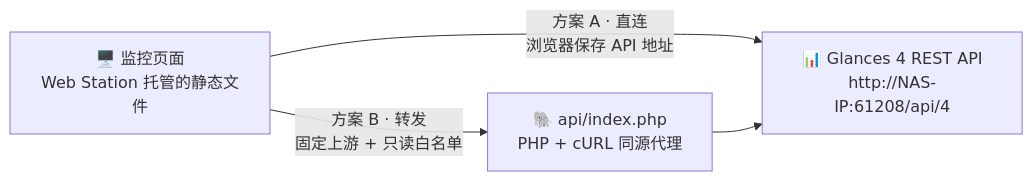
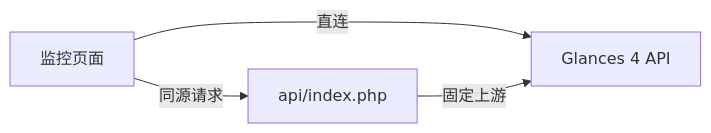
One commit to RaSteaks/NAS-Dashboard changed the diagram in README.md. Above: the diagram before and after it, drawn with Mermaid. The commit also changed other lines of this file and 1 other file, not shown here.

````diff
--- a/README.md
+++ b/README.md
@@ -44,9 +111,6 @@
 ```mermaid
 flowchart LR
-    UI["🖥️ 监控页面<br/>Web Station 托管的静态文件"]
-    GL["📊 Glances 4 REST API<br/>http://NAS-IP:61208/api/4"]
-    PHP["🐘 api/index.php<br/>PHP + cURL 同源代理"]
-    UI -->|"方案 A · 直连<br/>浏览器保存 API 地址"| GL
-    UI -->|"方案 B · 转发<br/>固定上游 + 只读白名单"| PHP
-    PHP --> GL
+    UI["监控页面"] -->|直连| GL["Glances 4 API"]
+    UI -->|同源请求| PHP["api/index.php"]
+    PHP -->|固定上游| GL
 ```
````
